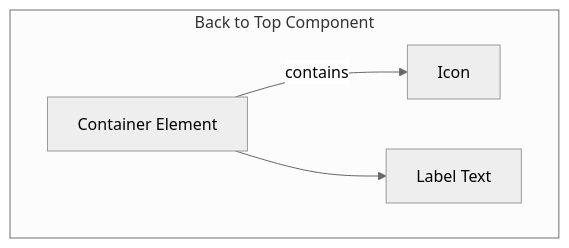
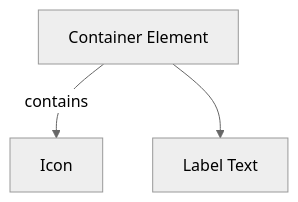
One commit to thedaviddias/ux-patterns-for-developers changed the diagram in apps/web/content/patterns/navigation/back-to-top.mdx. Above: the diagram before and after it, drawn with Mermaid (neutral theme). The commit also changed 19 other files, not shown here.

````diff
--- a/apps/web/content/patterns/navigation/back-to-top.mdx
+++ b/apps/web/content/patterns/navigation/back-to-top.mdx
@@ -98,7 +98,5 @@
 ```mermaid
 flowchart TB
-subgraph BackToTop["Back to Top" Component]
-  Container[Container Element] -->|contains| Icon[Icon <optional>]
-  Container --> Label[Label Text <optional>]
-end
+Container[Container Element] -->|contains| Icon[Icon <optional>]
+Container --> Label[Label Text <optional>]
 ```
````
